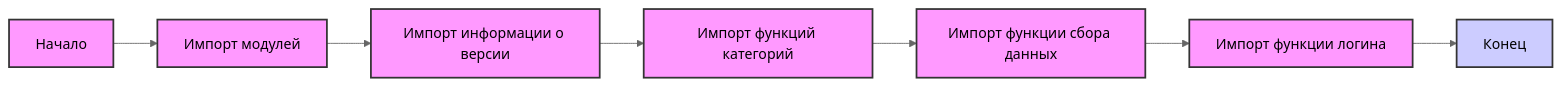
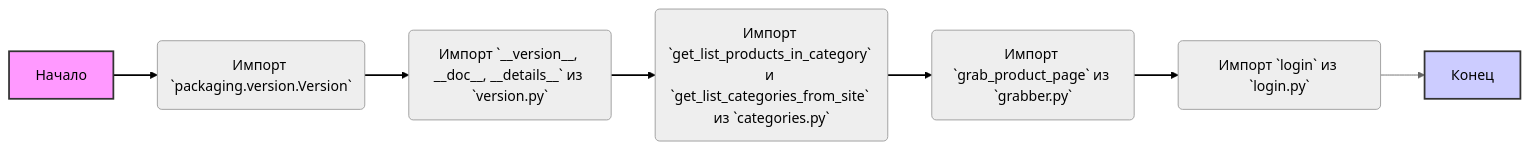
One commit to hypo69/hypo changed the first of 2 diagrams in docs/gemini/ru/explainer/src/suppliers/hb/scenarios/__init__.py.md. Above: the diagram before and after it, drawn with Mermaid (neutral theme). The commit also changed other lines of this file and 1505 other files, not shown here.

````diff
--- a/docs/gemini/ru/explainer/src/suppliers/hb/scenarios/__init__.py.md
+++ b/docs/gemini/ru/explainer/src/suppliers/hb/scenarios/__init__.py.md
@@ -34,17 +7,15 @@
 ```mermaid
 graph LR
-    Start[Начало] --> ImportModules[Импорт модулей];
-    ImportModules --> VersionInfo[Импорт информации о версии];
-    VersionInfo --> CategoryFuncs[Импорт функций категорий];
-    CategoryFuncs --> GrabberFunc[Импорт функции сбора данных];
-    GrabberFunc --> LoginFunc[Импорт функции логина];
-    LoginFunc --> End[Конец];
+    A[Начало] --> B(Импорт `packaging.version.Version`);
+    B --> C(Импорт `__version__, __doc__, __details__` из `version.py`);
+    C --> D(Импорт `get_list_products_in_category` и `get_list_categories_from_site` из `categories.py`);
+    D --> E(Импорт `grab_product_page` из `grabber.py`);
+    E --> F(Импорт `login` из `login.py`);
+    F --> G[Конец];
     
-    style Start fill:#f9f,stroke:#333,stroke-width:2px
-    style End fill:#ccf,stroke:#333,stroke-width:2px
-   
-   
-    classDef box fill:#f9f,stroke:#333,stroke-width:2px
-    class ImportModules,VersionInfo,CategoryFuncs,GrabberFunc,LoginFunc box
+    style A fill:#f9f,stroke:#333,stroke-width:2px
+    style G fill:#ccf,stroke:#333,stroke-width:2px
+    
+    linkStyle 0,1,2,3,4 stroke-width:2px,stroke:black;
     
 ```
````
